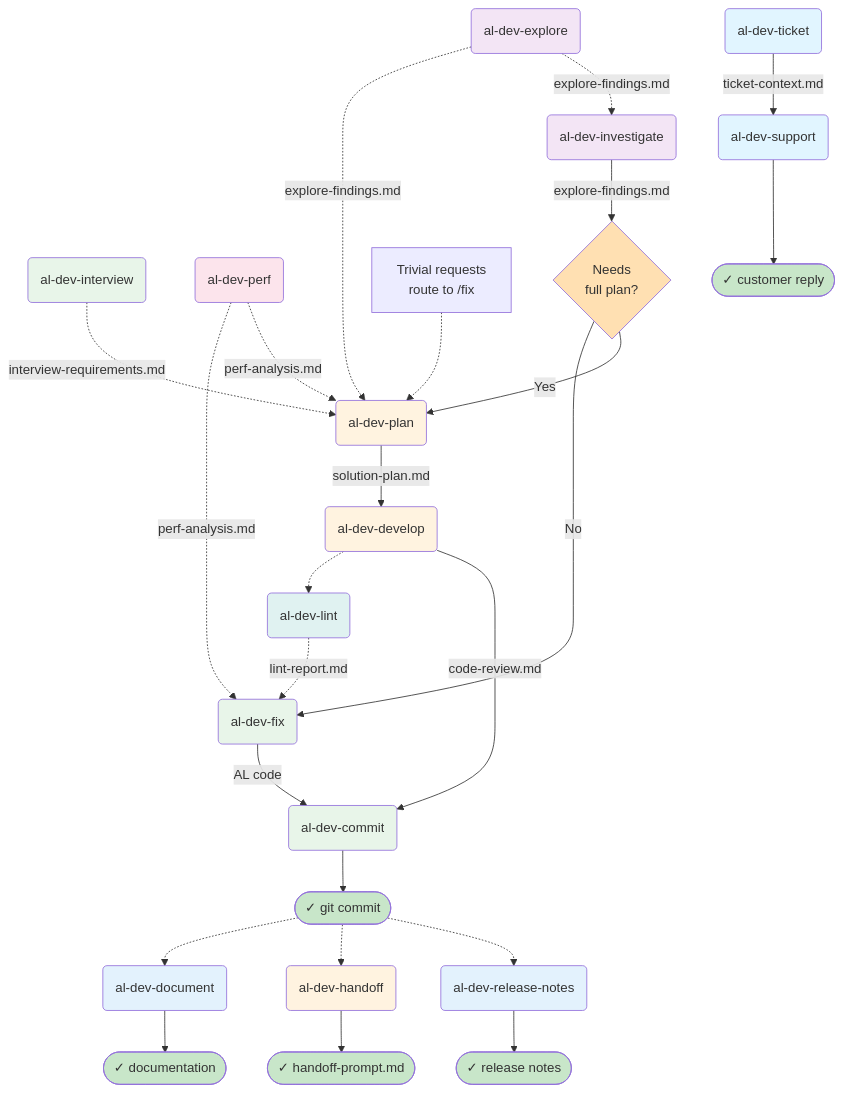
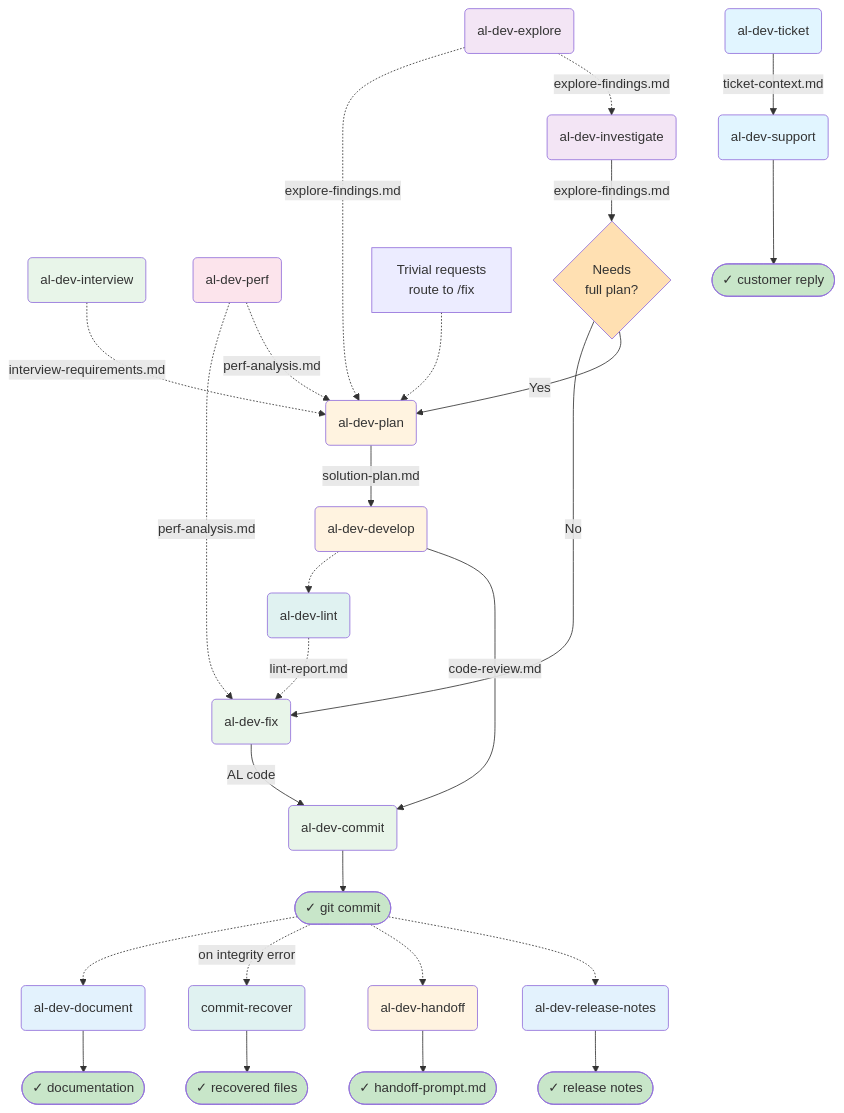
The first of 18 diagrams in docs/al-dev-plugin-map.md (russell-laing/al-dev-shared), drawn with Mermaid before and after one commit.

Commit message:
feat(plugin-map): add /commit-recover conditional recovery node to Layer 1

````diff
--- a/docs/al-dev-plugin-map.md
+++ b/docs/al-dev-plugin-map.md
@@ -14,61 +14,65 @@
 ```mermaid
 flowchart TD
     %% Pre-planning tributaries (optional)
     Explore("al-dev-explore") -.->|explore-findings.md| Investigate
     Explore -.->|explore-findings.md| Plan
     Interview("al-dev-interview") -.->|interview-requirements.md| Plan
     Perf("al-dev-perf") -.->|perf-analysis.md| Plan
     Perf -.->|perf-analysis.md| FixDirect
 
     %% Entry points
     Ticket("al-dev-ticket") -->|ticket-context.md| Support("al-dev-support")
     Investigate("al-dev-investigate")
     FixDirect("al-dev-fix") -->|AL code| Commit("al-dev-commit")
 
     %% Investigation path branches
     Investigate -->|explore-findings.md| Decision1{Needs<br/>full plan?}
     Decision1 -->|Yes| Plan("al-dev-plan")
     Decision1 -->|No| FixDirect
 
     %% Main development spine
     Plan -->|solution-plan.md| Develop("al-dev-develop")
     Develop -->|code-review.md| Commit
 
     %% Lint feedback loop
     Develop -.-> Lint("al-dev-lint")
     Lint -.->|lint-report.md| FixDirect
 
     %% Complexity gate within plan
     Note["Trivial requests<br/>route to /fix"] -.-> Plan
 
     %% Outputs
     Commit --> Git(["✓ git commit"])
     Git -.-> ReleaseNotes("al-dev-release-notes")
     ReleaseNotes --> Notes(["✓ release notes"])
     Git -.-> Handoff("al-dev-handoff")
     Handoff --> HandoffOut(["✓ handoff-prompt.md"])
+    Git -.->|on integrity error| Recover("commit-recover")
+    Recover --> RecoverOut(["✓ recovered files"])
     Git -.-> Document("al-dev-document")
     Document --> DocOut(["✓ documentation"])
     Support --> Reply(["✓ customer reply"])
 
     style Ticket fill:#e1f5ff
     style Support fill:#e1f5ff
     style Investigate fill:#f3e5f5
     style Explore fill:#f3e5f5
     style Interview fill:#e8f5e9
     style Plan fill:#fff3e0
     style Develop fill:#fff3e0
     style FixDirect fill:#e8f5e9
     style Commit fill:#e8f5e9
     style Git fill:#c8e6c9
     style Notes fill:#c8e6c9
     style Reply fill:#c8e6c9
     style ReleaseNotes fill:#e3f2fd
     style Perf fill:#fce4ec
     style Lint fill:#e0f2f1
     style Handoff fill:#fff3e0
     style HandoffOut fill:#c8e6c9
+    style Recover fill:#e0f2f1
+    style RecoverOut fill:#c8e6c9
     style Document fill:#e3f2fd
     style DocOut fill:#c8e6c9
     style Decision1 fill:#ffe0b2
 ```
````
